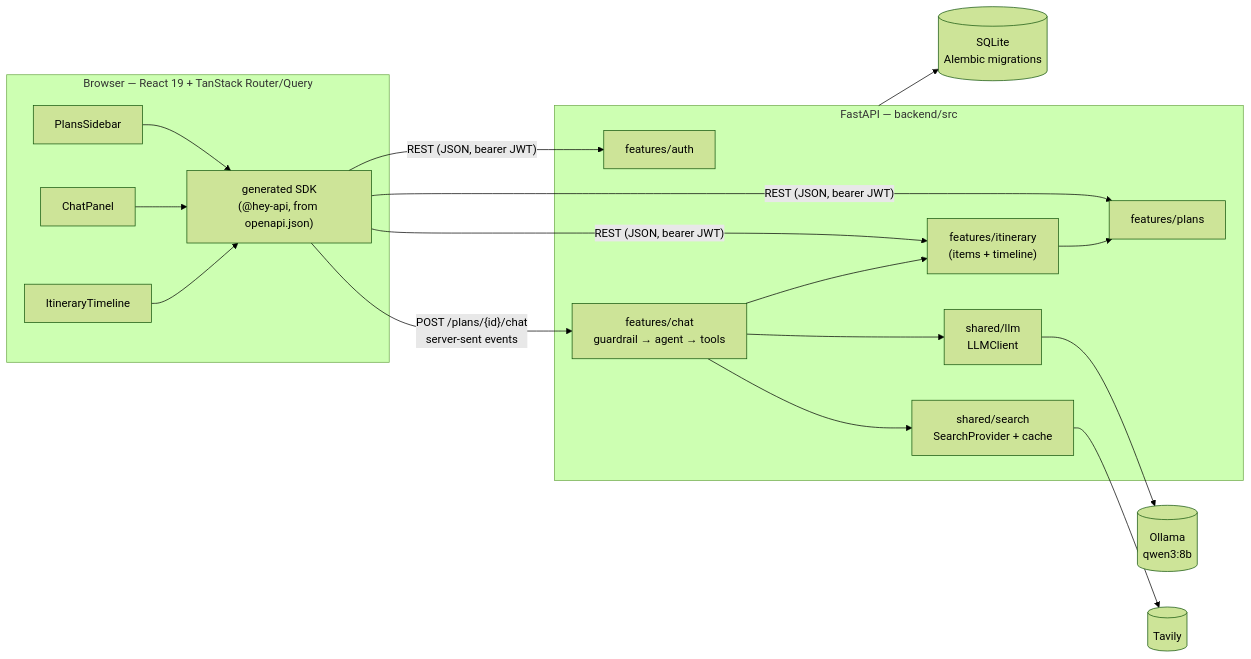
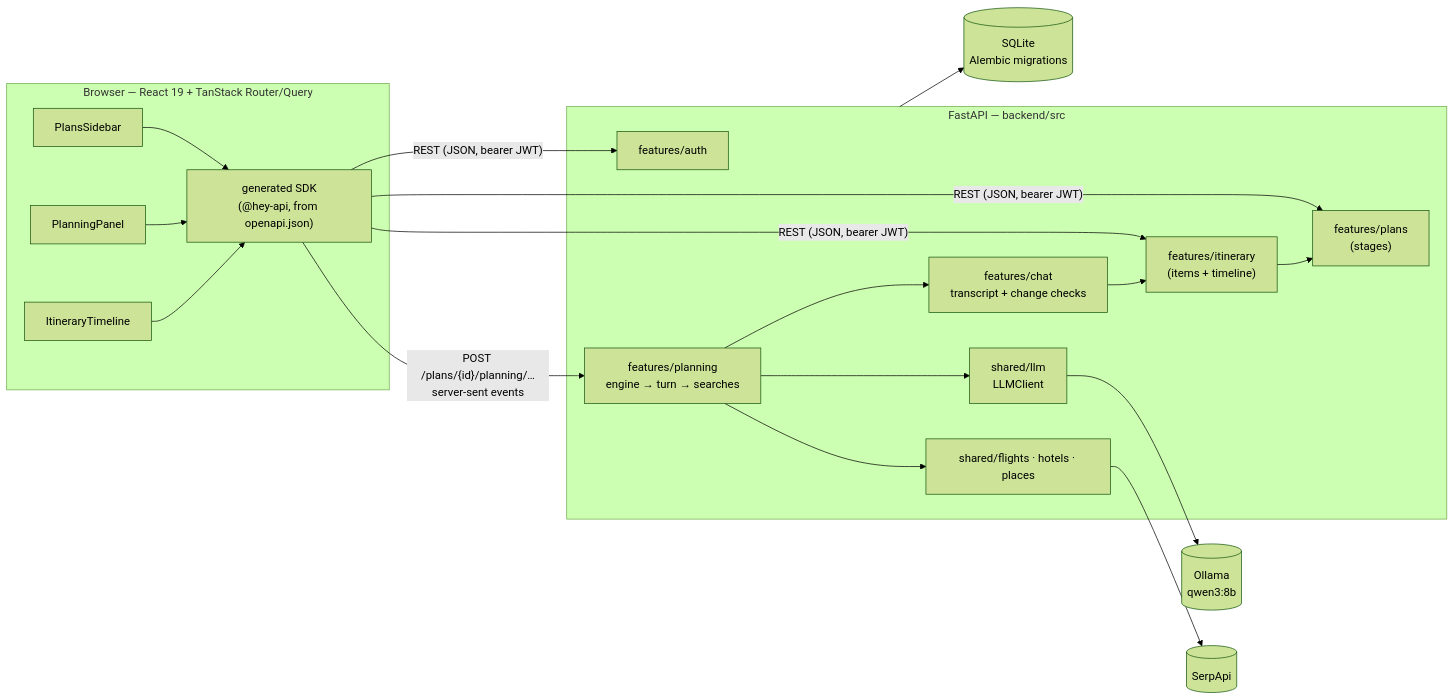
The diagram in README.md (rpoconn/travel-planner), drawn with Mermaid (forest theme) before and after one commit. The commit also changed other lines of this file and 112 other files, not shown here.

````diff
--- a/README.md
+++ b/README.md
@@ -15,28 +18,29 @@
 ```mermaid
 flowchart LR
     subgraph Browser["Browser — React 19 + TanStack Router/Query"]
         Sidebar[PlansSidebar]
-        Chat[ChatPanel]
+        Panel[PlanningPanel]
         Timeline[ItineraryTimeline]
         SDK["generated SDK<br/>(@hey-api, from openapi.json)"]
-        Sidebar & Chat & Timeline --> SDK
+        Sidebar & Panel & Timeline --> SDK
     end
 
     subgraph API["FastAPI — backend/src"]
         Auth[features/auth]
-        Plans[features/plans]
+        Plans["features/plans<br/>(stages)"]
         Itinerary["features/itinerary<br/>(items + timeline)"]
-        ChatAPI["features/chat<br/>guardrail → agent → tools"]
+        Planning["features/planning<br/>engine → turn → searches"]
+        Chat["features/chat<br/>transcript + change checks"]
         LLM["shared/llm<br/>LLMClient"]
-        Search["shared/search<br/>SearchProvider + cache"]
-        ChatAPI --> Itinerary --> Plans
-        ChatAPI --> LLM
-        ChatAPI --> Search
+        Providers["shared/flights · hotels · places"]
+        Planning --> Chat --> Itinerary --> Plans
+        Planning --> LLM
+        Planning --> Providers
     end
 
     SDK -- "REST (JSON, bearer JWT)" --> Auth & Plans & Itinerary
-    SDK -- "POST /plans/{id}/chat<br/>server-sent events" --> ChatAPI
+    SDK -- "POST /plans/{id}/planning/…<br/>server-sent events" --> Planning
     LLM --> Ollama[("Ollama<br/>qwen3:8b")]
-    Search --> Tavily[(Tavily)]
+    Providers --> SerpApi[(SerpApi)]
     API --> DB[("SQLite<br/>Alembic migrations")]
 ```
````
